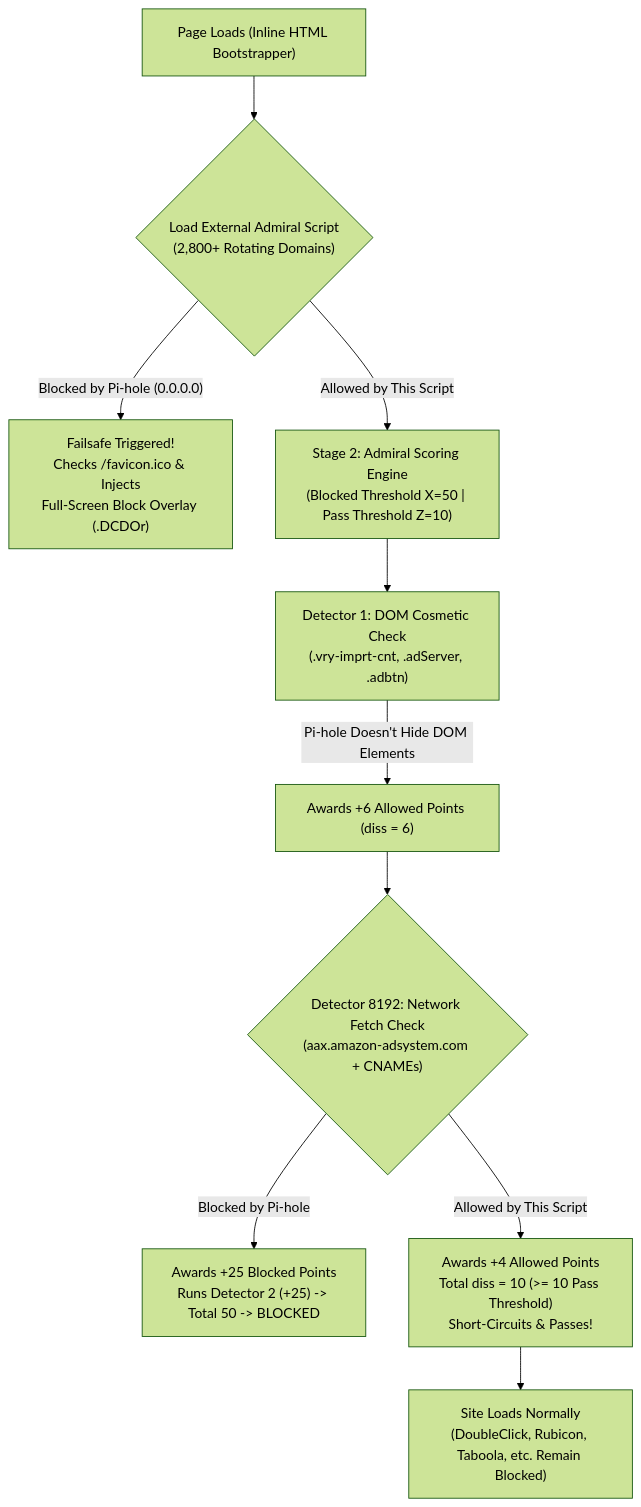
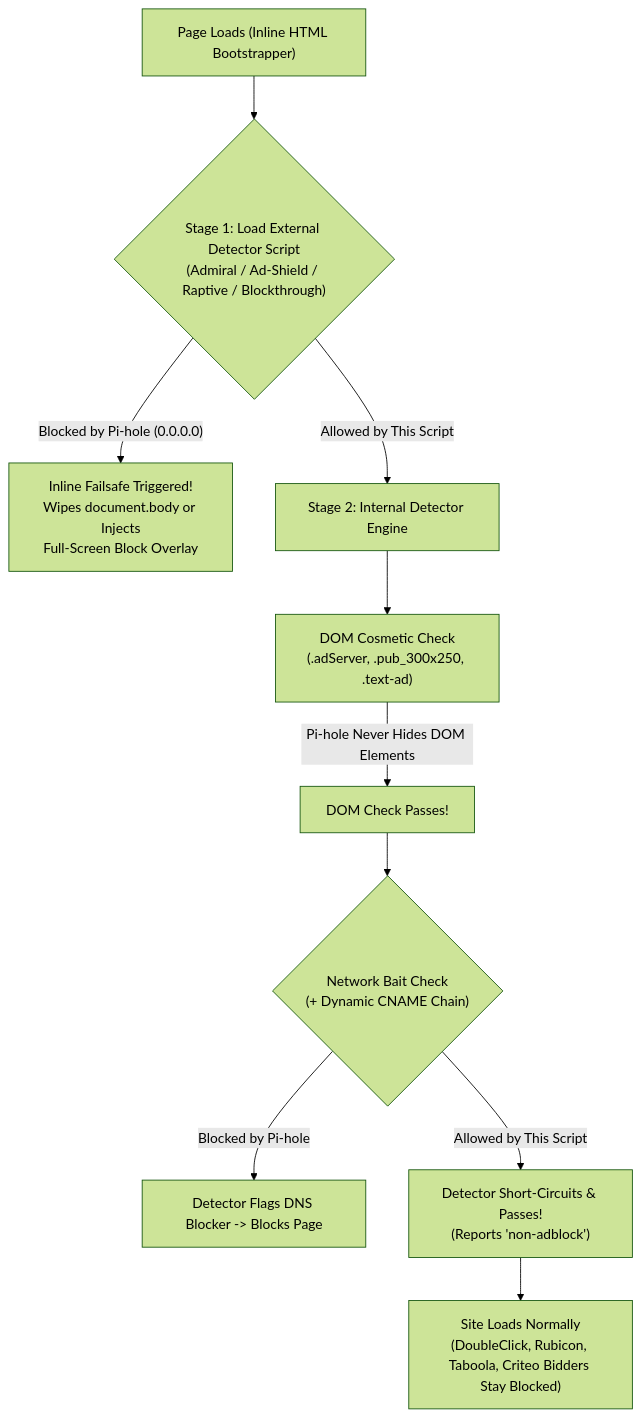
The diagram in README.md (dapnepep/pihole-adblockerblocker-blocker), drawn with Mermaid (forest theme) before and after one commit. The commit also changed other lines of this file and 2 other files, not shown here.

Commit message:
Incorporate mitigations for Ad-Shield, Raptive, Clean.io, and Blockthrough

````diff
--- a/README.md
+++ b/README.md
@@ -15,12 +25,12 @@
 ```mermaid
 flowchart TD
-    A["Page Loads (Inline HTML Bootstrapper)"] --> B{"Load External Admiral Script<br/>(2,800+ Rotating Domains)"}
-    B -- "Blocked by Pi-hole (0.0.0.0)" --> C["Failsafe Triggered!<br/>Checks /favicon.ico & Injects<br/>Full-Screen Block Overlay (.DCDOr)"]
-    B -- "Allowed by This Script" --> D["Stage 2: Admiral Scoring Engine<br/>(Blocked Threshold X=50 | Pass Threshold Z=10)"]
-    D --> E["Detector 1: DOM Cosmetic Check<br/>(.vry-imprt-cnt, .adServer, .adbtn)"]
-    E -- "Pi-hole Doesn't Hide DOM Elements" --> F["Awards +6 Allowed Points (diss = 6)"]
-    F --> G{"Detector 8192: Network Fetch Check<br/>(aax.amazon-adsystem.com + CNAMEs)"}
-    G -- "Blocked by Pi-hole" --> H["Awards +25 Blocked Points<br/>Runs Detector 2 (+25) -> Total 50 -> BLOCKED"]
-    G -- "Allowed by This Script" --> I["Awards +4 Allowed Points<br/>Total diss = 10 (>= 10 Pass Threshold)<br/>Short-Circuits & Passes!"]
-    I --> J["Site Loads Normally<br/>(DoubleClick, Rubicon, Taboola, etc. Remain Blocked)"]
+    A["Page Loads (Inline HTML Bootstrapper)"] --> B{"Stage 1: Load External Detector Script<br/>(Admiral / Ad-Shield / Raptive / Blockthrough)"}
+    B -- "Blocked by Pi-hole (0.0.0.0)" --> C["Inline Failsafe Triggered!<br/>Wipes document.body or Injects<br/>Full-Screen Block Overlay"]
+    B -- "Allowed by This Script" --> D["Stage 2: Internal Detector Engine"]
+    D --> E["DOM Cosmetic Check<br/>(.adServer, .pub_300x250, .text-ad)"]
+    E -- "Pi-hole Never Hides DOM Elements" --> F["DOM Check Passes!"]
+    F --> G{"Network Bait Check<br/>(+ Dynamic CNAME Chain)"}
+    G -- "Blocked by Pi-hole" --> H["Detector Flags DNS Blocker -> Blocks Page"]
+    G -- "Allowed by This Script" --> I["Detector Short-Circuits & Passes!<br/>(Reports 'non-adblock')"]
+    I --> J["Site Loads Normally<br/>(DoubleClick, Rubicon, Taboola, Criteo Bidders Stay Blocked)"]
 ```
````
